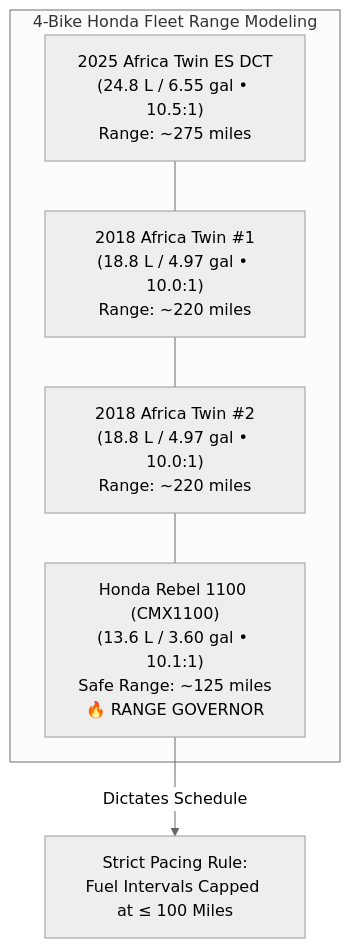
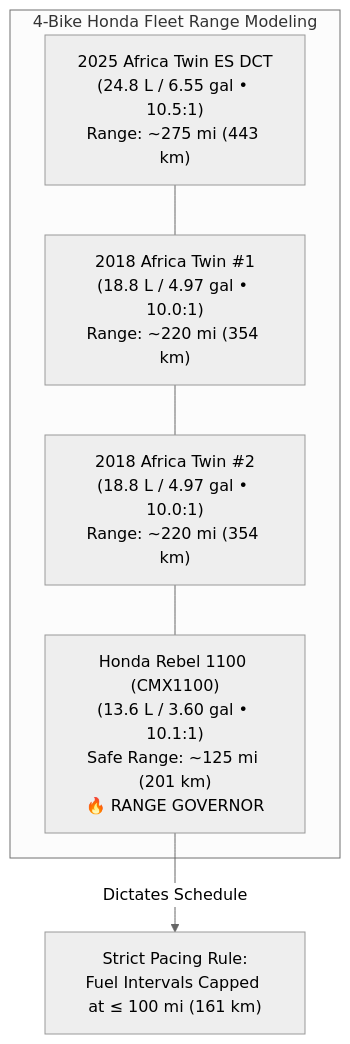
One commit to Rindelk/blue-ridge-parkway changed the first of 2 diagrams in blue_ridge_saddle_time_and_fuel_logistics.md. Above: the diagram before and after it, drawn with Mermaid (neutral theme). The commit also changed other lines of this file and 3 other files, not shown here.

Commit message:
Enforce dual miles and kilometers across dashboard, Gantt charts, fleet cards, and logistics

````diff
--- a/blue_ridge_saddle_time_and_fuel_logistics.md
+++ b/blue_ridge_saddle_time_and_fuel_logistics.md
@@ -12,9 +12,9 @@
 ```mermaid
 flowchart TD
     subgraph FleetDynamics["4-Bike Honda Fleet Range Modeling"]
-        B1["2025 Africa Twin ES DCT\n(24.8 L / 6.55 gal • 10.5:1)\nRange: ~275 miles"] --- B2["2018 Africa Twin #1\n(18.8 L / 4.97 gal • 10.0:1)\nRange: ~220 miles"]
-        B2 --- B3["2018 Africa Twin #2\n(18.8 L / 4.97 gal • 10.0:1)\nRange: ~220 miles"]
-        B3 --- B4["Honda Rebel 1100 (CMX1100)\n(13.6 L / 3.60 gal • 10.1:1)\nSafe Range: ~125 miles\n🔥 RANGE GOVERNOR"]
+        B1["2025 Africa Twin ES DCT\n(24.8 L / 6.55 gal • 10.5:1)\nRange: ~275 mi (443 km)"] --- B2["2018 Africa Twin #1\n(18.8 L / 4.97 gal • 10.0:1)\nRange: ~220 mi (354 km)"]
+        B2 --- B3["2018 Africa Twin #2\n(18.8 L / 4.97 gal • 10.0:1)\nRange: ~220 mi (354 km)"]
+        B3 --- B4["Honda Rebel 1100 (CMX1100)\n(13.6 L / 3.60 gal • 10.1:1)\nSafe Range: ~125 mi (201 km)\n🔥 RANGE GOVERNOR"]
     end
-    B4 -->|Dictates Schedule| RULE["Strict Pacing Rule:\nFuel Intervals Capped at ≤ 100 Miles"]
+    B4 -->|Dictates Schedule| RULE["Strict Pacing Rule:\nFuel Intervals Capped at ≤ 100 mi (161 km)"]
 ```
````
